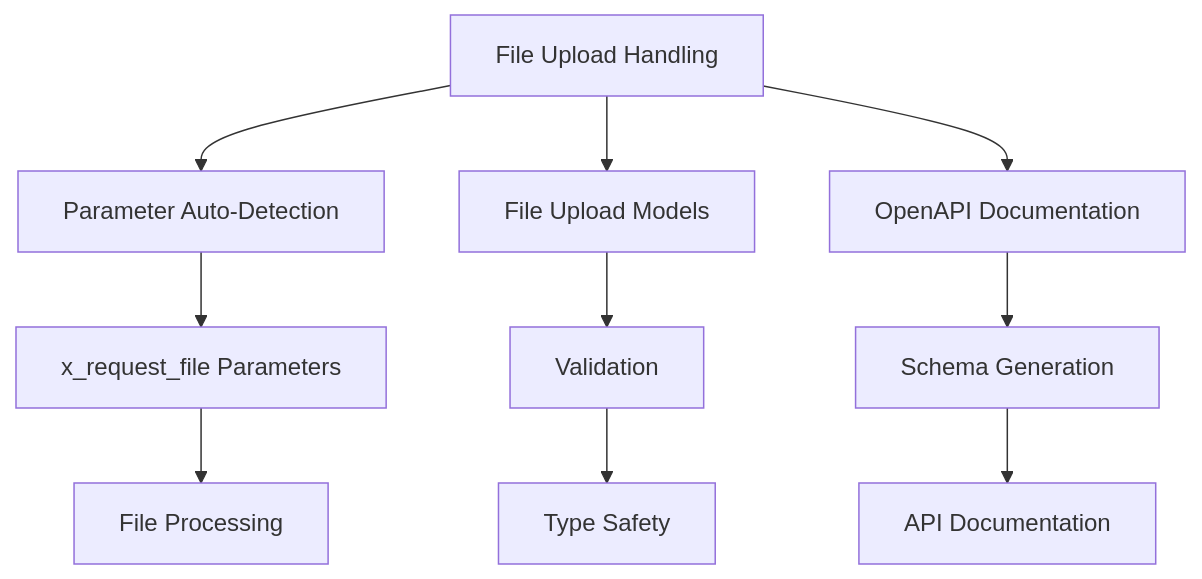
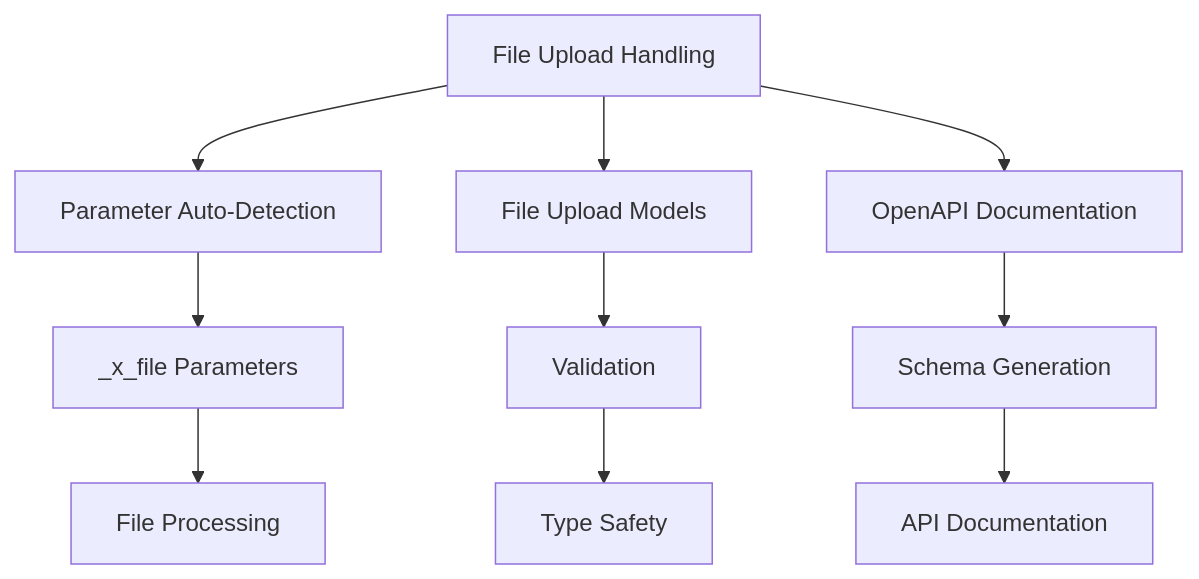
Before and after one commit to StrayDragon/flask-x-openapi-schema: the first of 4 diagrams in docs/file_uploads.md, drawn with Mermaid. The commit also changed other lines of this file and 17 other files, not shown here.

````diff
--- a/docs/file_uploads.md
+++ b/docs/file_uploads.md
@@ -9,14 +9,14 @@
 ```mermaid
 graph TD
     A[File Upload Handling] --> B[Parameter Auto-Detection]
     A --> C[File Upload Models]
     A --> D[OpenAPI Documentation]
 
-    B --> E[x_request_file Parameters]
+    B --> E[_x_file Parameters]
     C --> F[Validation]
     D --> G[Schema Generation]
 
     E --> H[File Processing]
     F --> I[Type Safety]
     G --> J[API Documentation]
 ```
````
